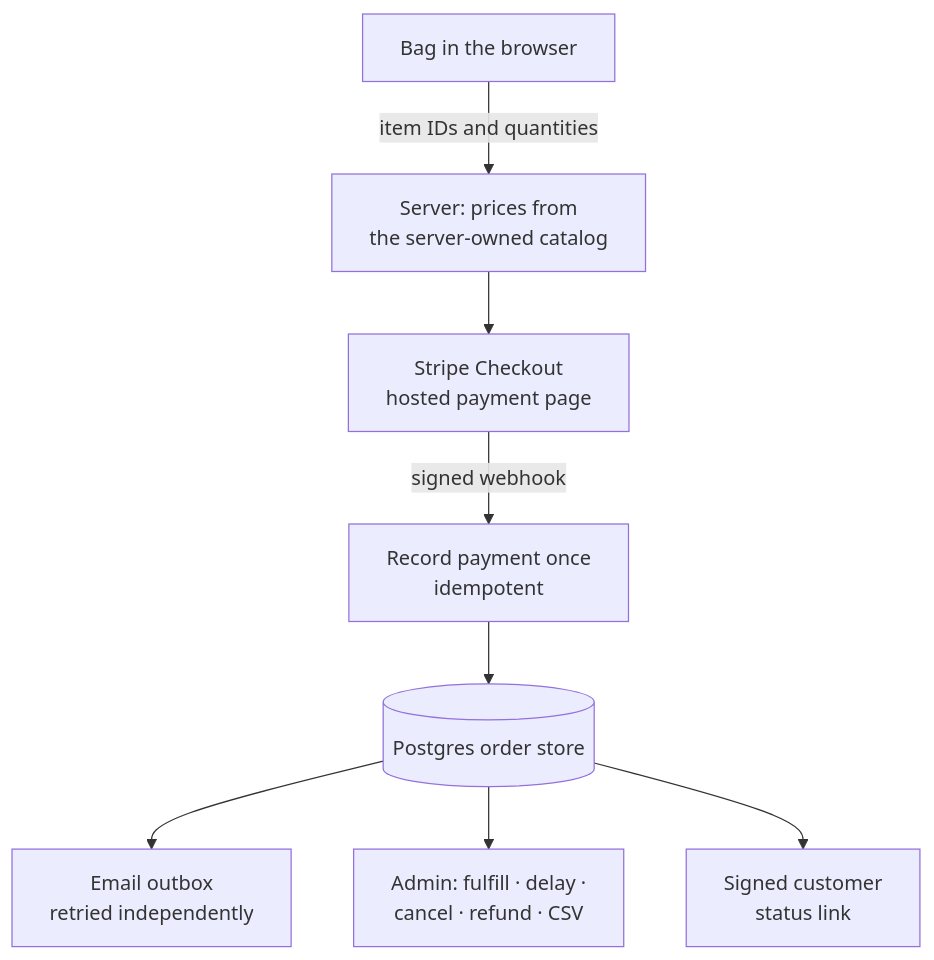
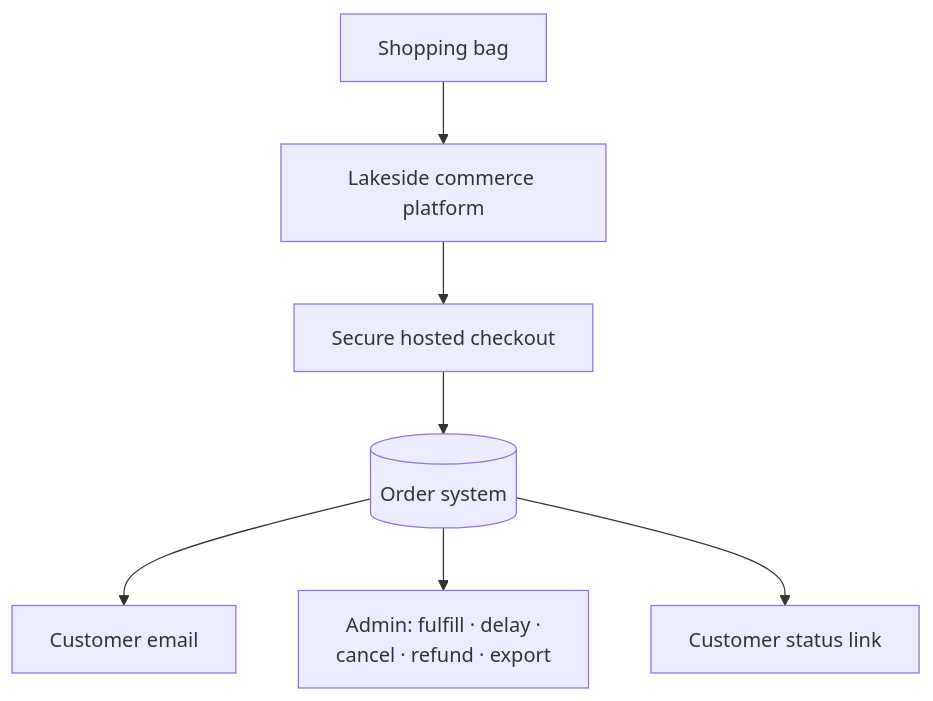
The diagram in README.md (DavisHiggins/lakeside-sport-club-showcase), drawn with Mermaid before and after one commit. The commit also changed other lines of this file and 7 other files, not shown here.

````diff
--- a/README.md
+++ b/README.md
@@ -47,10 +53,9 @@
 ```mermaid
 flowchart TB
-    B[Bag in the browser] -->|item IDs and quantities| S[Server: prices from<br/>the server-owned catalog]
-    S --> C[Stripe Checkout<br/>hosted payment page]
-    C -->|signed webhook| W[Record payment once<br/>idempotent]
-    W --> O[(Postgres order store)]
-    O --> E[Email outbox<br/>retried independently]
-    O --> A[Admin: fulfill · delay ·<br/>cancel · refund · CSV]
-    O --> L[Signed customer<br/>status link]
+    B[Shopping bag] --> S[Lakeside commerce platform]
+    S --> C[Secure hosted checkout]
+    C --> O[(Order system)]
+    O --> E[Customer email]
+    O --> A[Admin: fulfill · delay ·<br/>cancel · refund · export]
+    O --> L[Customer status link]
 ```
````
